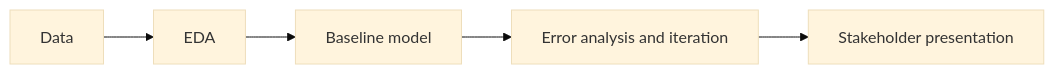
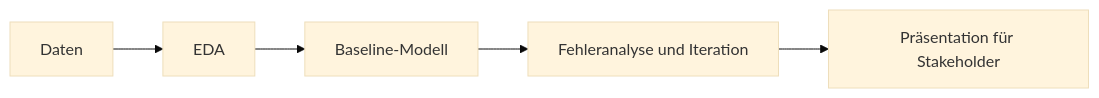
The diagram in README.md (tkruse90/ds-ml-fraud-detection), drawn with Mermaid (base theme) before and after one commit. The commit also changed other lines of this file and 5 other files, not shown here.

First line of the commit message:
Daten einlesen: train.zip, .gitignore und Vorlagen auf Deutsch

````diff
--- a/README.md
+++ b/README.md
@@ -20,7 +20,7 @@
 ```mermaid
 flowchart LR
-    A[Data] --> B[EDA]
-    B --> C[Baseline model]
-    C --> D[Error analysis and iteration]
-    D --> E[Stakeholder presentation]
+    A[Daten] --> B[EDA]
+    B --> C[Baseline-Modell]
+    C --> D[Fehleranalyse und Iteration]
+    D --> E[Präsentation für Stakeholder]
 ```
````
